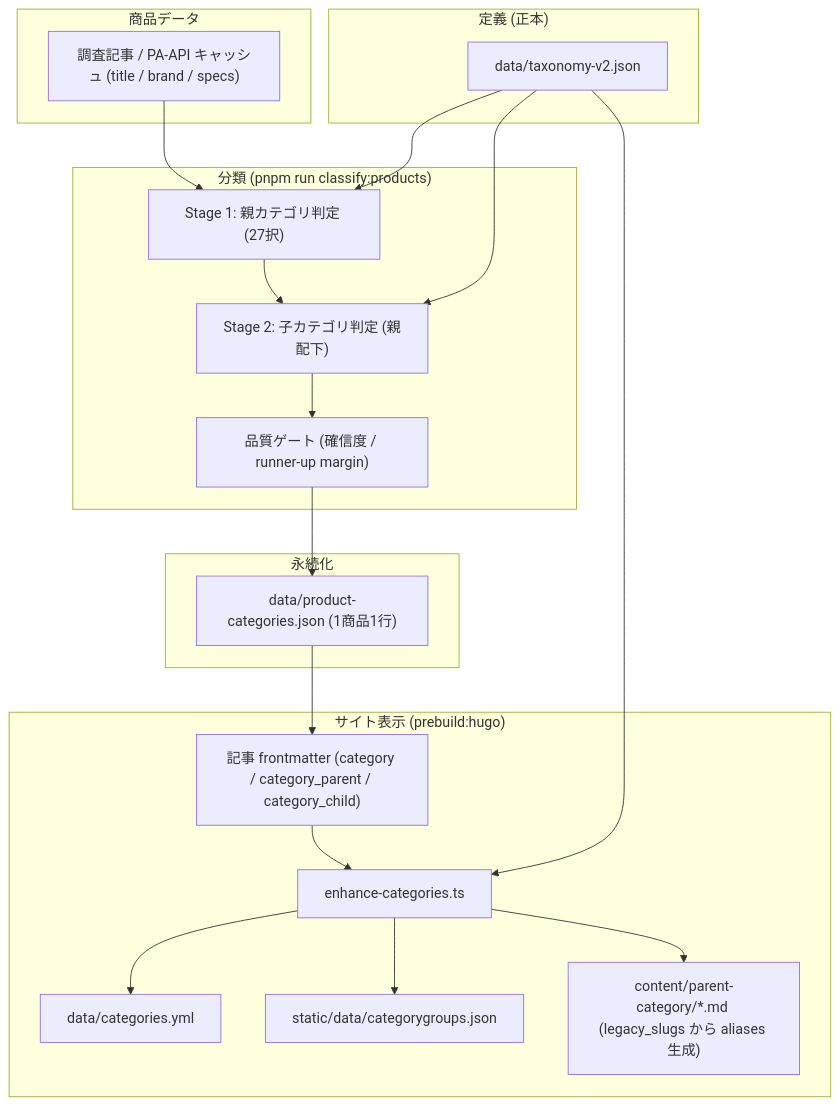
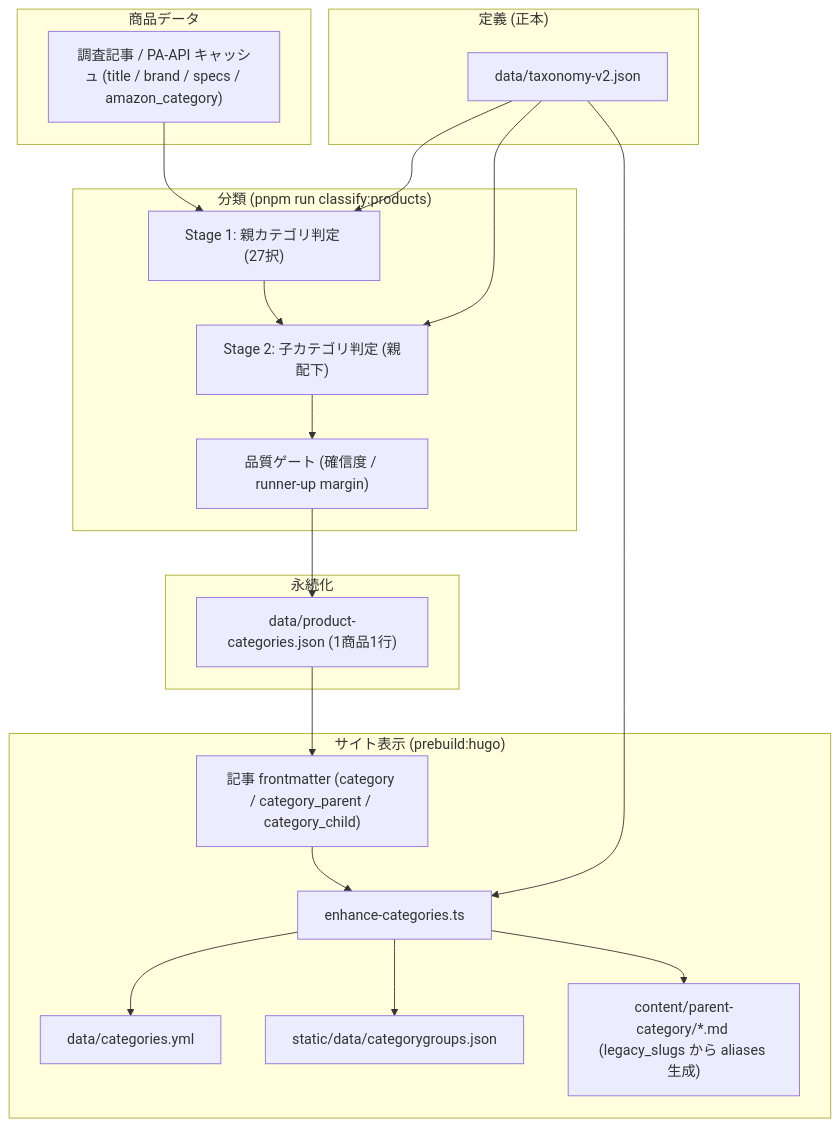
One commit to aegisfleet/amazon-product-article changed the diagram in docs/category-management.md. Above: the diagram before and after it, drawn with Mermaid. The commit also changed other lines of this file and 6 other files, not shown here.

````diff
--- a/docs/category-management.md
+++ b/docs/category-management.md
@@ -11,31 +11,31 @@
 ```mermaid
 graph TD
     subgraph Input["商品データ"]
-        Art["調査記事 / PA-API キャッシュ (title / brand / specs)"]
+        Art["調査記事 / PA-API キャッシュ (title / brand / specs / amazon_category)"]
     end
 
     subgraph Classify["分類 (pnpm run classify:products)"]
         Art --> G1["Stage 1: 親カテゴリ判定 (27択)"]
         G1 --> G2["Stage 2: 子カテゴリ判定 (親配下)"]
         G2 --> Gate["品質ゲート (確信度 / runner-up margin)"]
     end
 
     subgraph Store["永続化"]
         Gate --> PC["data/product-categories.json (1商品1行)"]
     end
 
     subgraph Definition["定義 (正本)"]
         TX["data/taxonomy-v2.json"]
         TX --> G1
         TX --> G2
     end
 
     subgraph Output["サイト表示 (prebuild:hugo)"]
         PC --> Article["記事 frontmatter (category / category_parent / category_child)"]
         TX --> Enhance["enhance-categories.ts"]
         Article --> Enhance
         Enhance --> Yaml["data/categories.yml"]
         Enhance --> Static["static/data/categorygroups.json"]
         Enhance --> Parent["content/parent-category/*.md (legacy_slugs から aliases 生成)"]
     end
 ```
````
